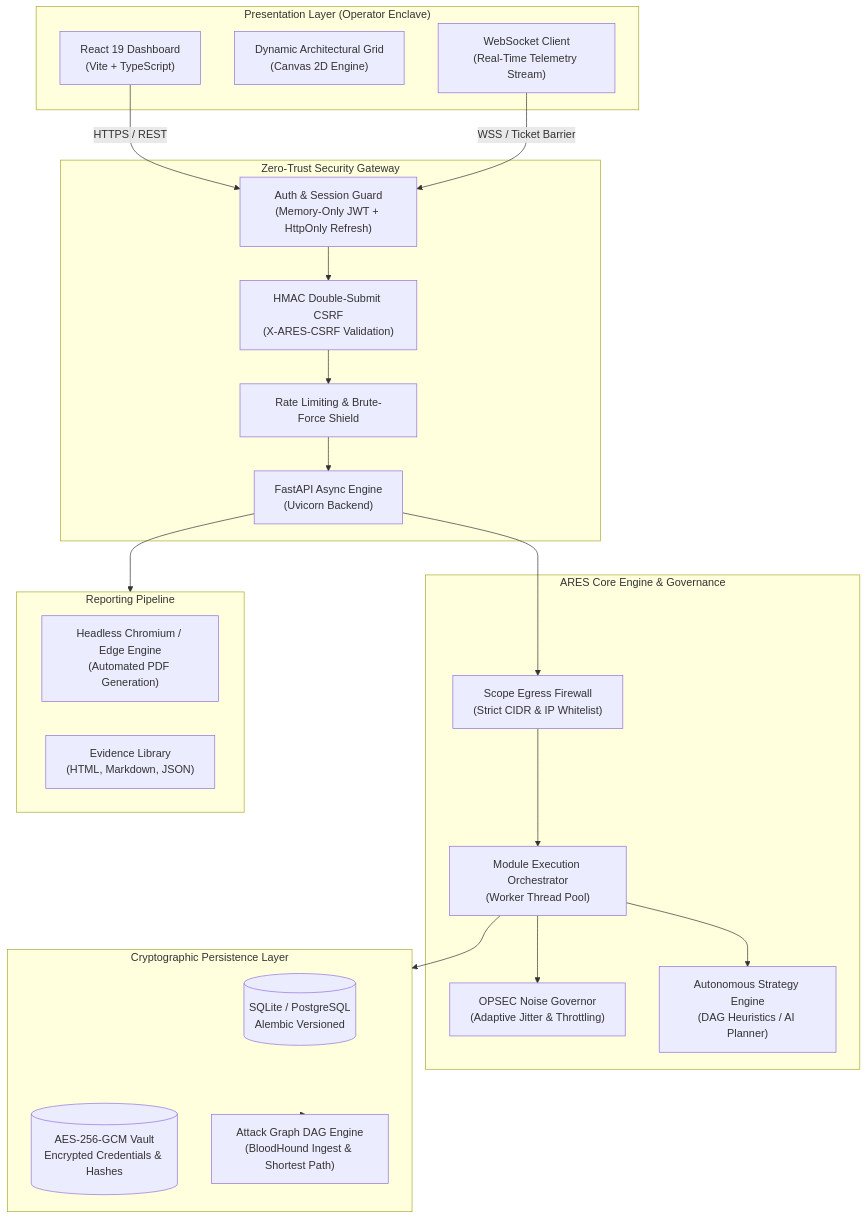
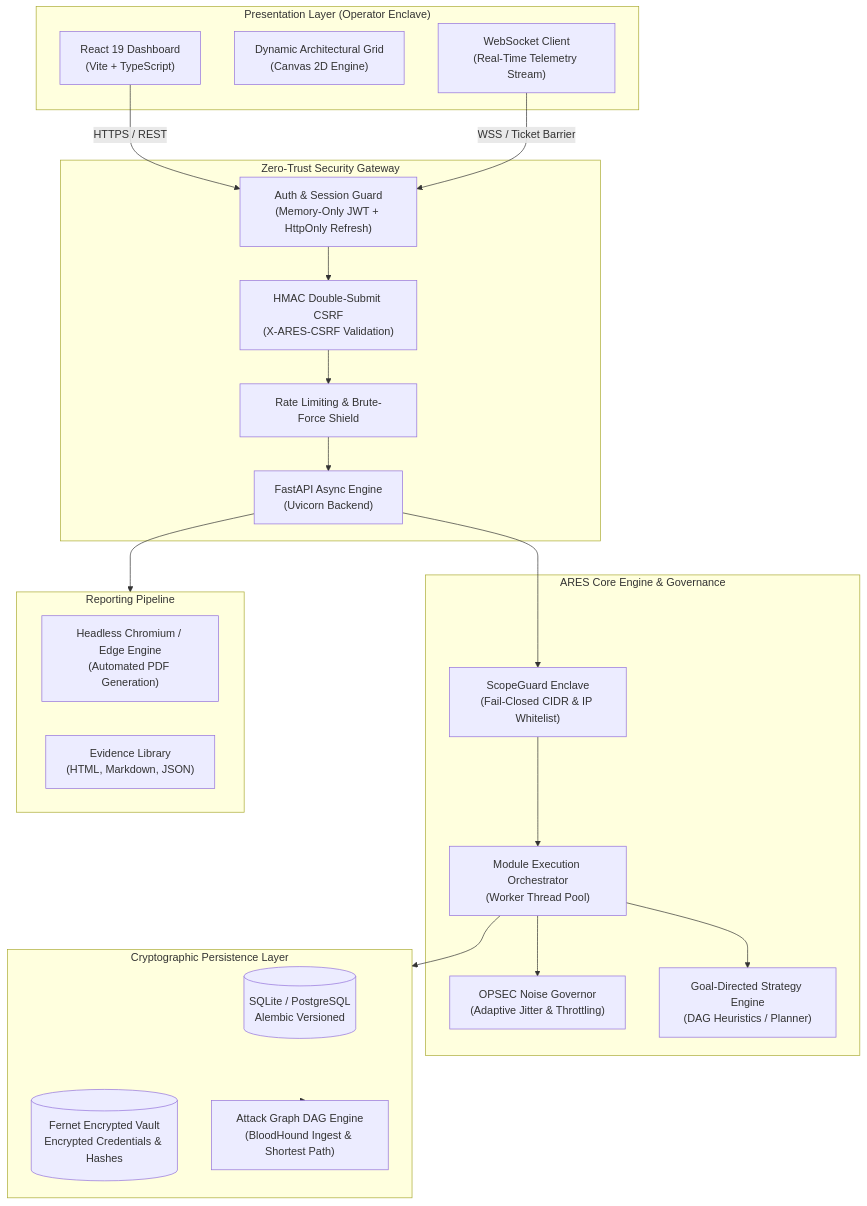
One commit to Mafifrizi/ARES changed the diagram in README.md. Above: the diagram before and after it, drawn with Mermaid. The commit also changed other lines of this file, not shown here.

Commit message:
docs(readme): align architecture claims, ScopeGuard layer, and vault cryptography with technical reality

````diff
--- a/README.md
+++ b/README.md
@@ -408,44 +408,44 @@
 ```mermaid
 flowchart TB
     subgraph Client["Presentation Layer (Operator Enclave)"]
         UI["React 19 Dashboard<br>(Vite + TypeScript)"]
         Mesh["Dynamic Architectural Grid<br>(Canvas 2D Engine)"]
         WSClient["WebSocket Client<br>(Real-Time Telemetry Stream)"]
     end
 
     subgraph Gateway["Zero-Trust Security Gateway"]
         FastAPI["FastAPI Async Engine<br>(Uvicorn Backend)"]
         AuthGuard["Auth & Session Guard<br>(Memory-Only JWT + HttpOnly Refresh)"]
         CSRF["HMAC Double-Submit CSRF<br>(X-ARES-CSRF Validation)"]
         RateLimit["Rate Limiting & Brute-Force Shield"]
     end
 
     subgraph Core["ARES Core Engine & Governance"]
-        ScopeFirewall["Scope Egress Firewall<br>(Strict CIDR & IP Whitelist)"]
+        ScopeFirewall["ScopeGuard Enclave<br>(Fail-Closed CIDR & IP Whitelist)"]
         Governor["OPSEC Noise Governor<br>(Adaptive Jitter & Throttling)"]
         Orchestrator["Module Execution Orchestrator<br>(Worker Thread Pool)"]
-        AutoPlanner["Autonomous Strategy Engine<br>(DAG Heuristics / AI Planner)"]
+        AutoPlanner["Goal-Directed Strategy Engine<br>(DAG Heuristics / Planner)"]
     end
 
     subgraph Storage["Cryptographic Persistence Layer"]
         DB[(SQLite / PostgreSQL<br>Alembic Versioned)]
-        Vault[(AES-256-GCM Vault<br>Encrypted Credentials & Hashes)]
+        Vault[(Fernet Encrypted Vault<br>Encrypted Credentials & Hashes)]
         GraphEngine["Attack Graph DAG Engine<br>(BloodHound Ingest & Shortest Path)"]
     end
 
     subgraph Deliverables["Reporting Pipeline"]
         PDFGen["Headless Chromium / Edge Engine<br>(Automated PDF Generation)"]
         Artifacts["Evidence Library<br>(HTML, Markdown, JSON)"]
     end
 
     UI -->|HTTPS / REST| AuthGuard
     WSClient -->|WSS / Ticket Barrier| AuthGuard
     AuthGuard --> CSRF --> RateLimit --> FastAPI
     FastAPI --> ScopeFirewall
     ScopeFirewall --> Orchestrator
     Orchestrator --> Governor
     Orchestrator --> AutoPlanner
     Orchestrator --> Storage
     Storage --> GraphEngine
     FastAPI --> Deliverables
 ```
````
